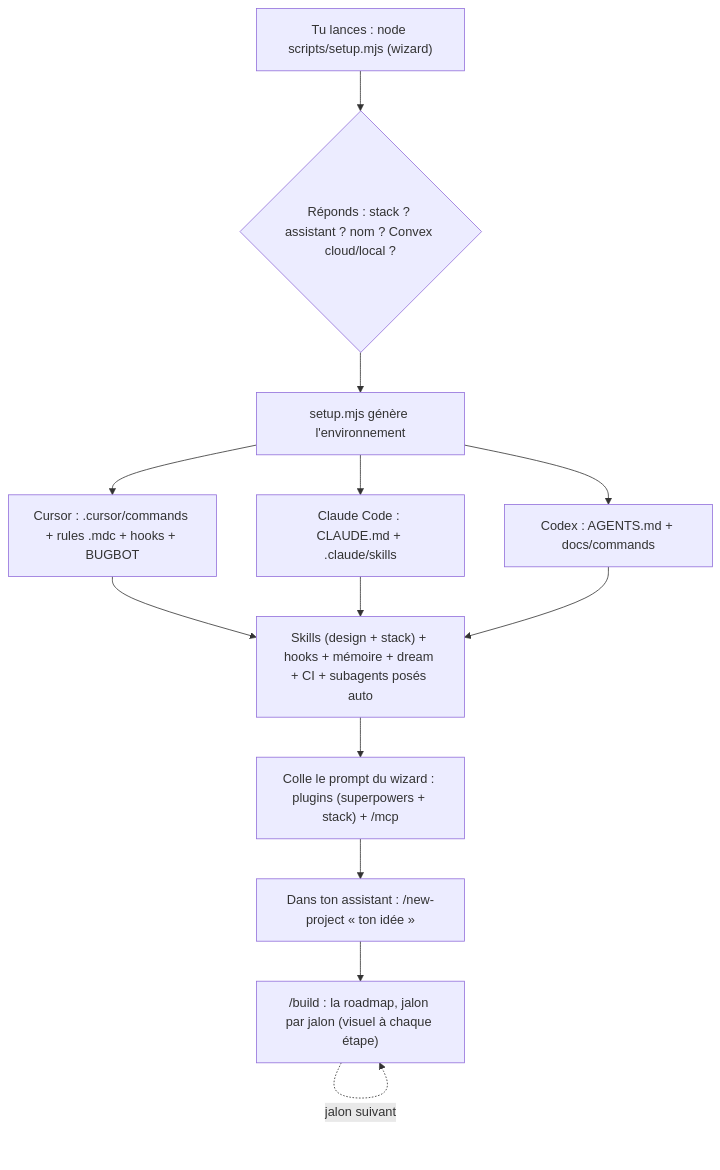
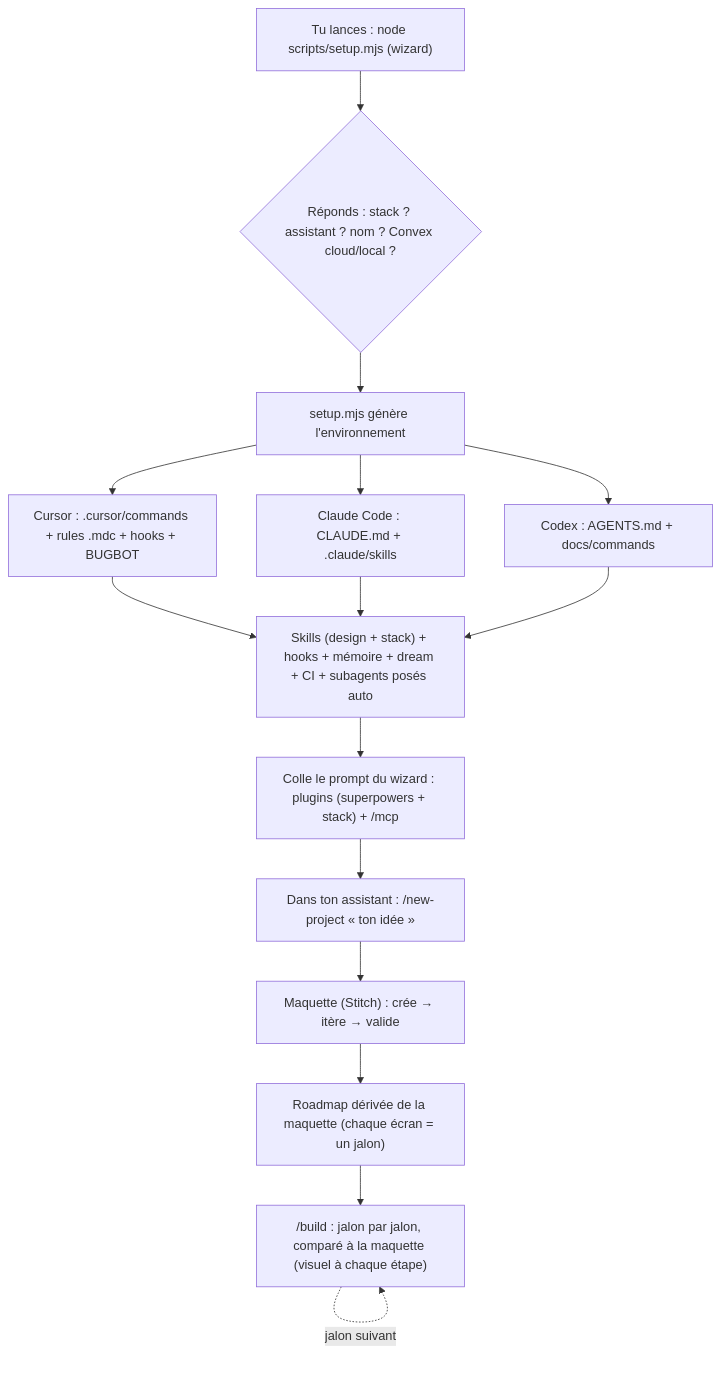
One commit to ohvignas/vibecoding-starter-kit changed the diagram in README.md. Above: the diagram before and after it, drawn with Mermaid. The commit also changed other lines of this file and 1 other file, not shown here.

First line of the commit message:
docs: propage le pivot maquette + Stitch/tweakcn dans README + glossaire

````diff
--- a/README.md
+++ b/README.md
@@ -110,15 +111,17 @@
 ```mermaid
 flowchart TD
     A["Tu lances : node scripts/setup.mjs (wizard)"] --> C{"Réponds : stack ? assistant ? nom ? Convex cloud/local ?"}
     C --> D["setup.mjs génère l'environnement"]
     D --> E1["Cursor : .cursor/commands + rules .mdc + hooks + BUGBOT"]
     D --> E2["Claude Code : CLAUDE.md + .claude/skills"]
     D --> E3["Codex : AGENTS.md + docs/commands"]
     E1 --> F["Skills (design + stack) + hooks + mémoire + dream + CI + subagents posés auto"]
     E2 --> F
     E3 --> F
     F --> G0["Colle le prompt du wizard : plugins (superpowers + stack) + /mcp"]
     G0 --> G["Dans ton assistant : /new-project « ton idée »"]
-    G --> H["/build : la roadmap, jalon par jalon (visuel à chaque étape)"]
+    G --> M["Maquette (Stitch) : crée → itère → valide"]
+    M --> R["Roadmap dérivée de la maquette (chaque écran = un jalon)"]
+    R --> H["/build : jalon par jalon, comparé à la maquette (visuel à chaque étape)"]
     H -.->|jalon suivant| H
 ```
````
